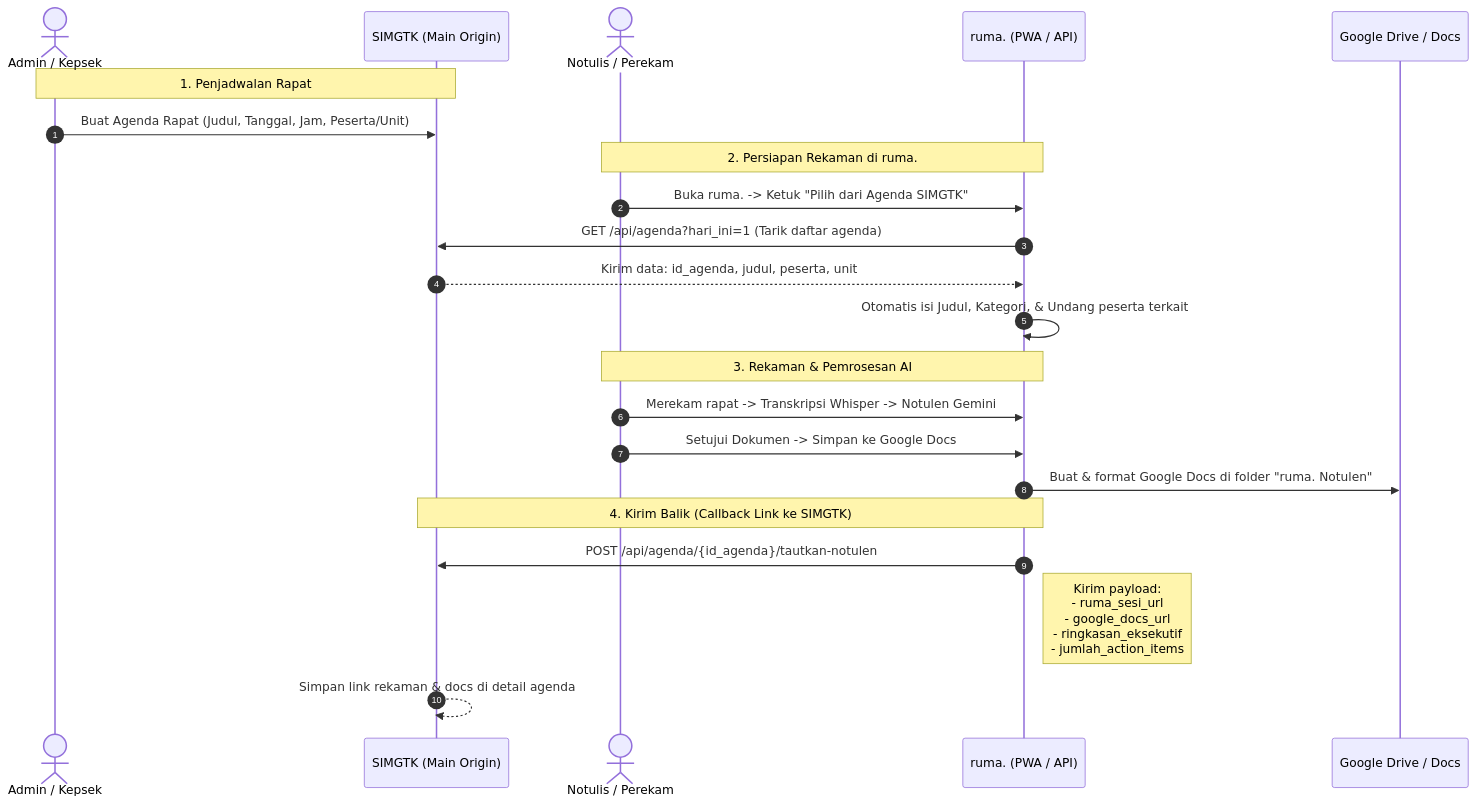
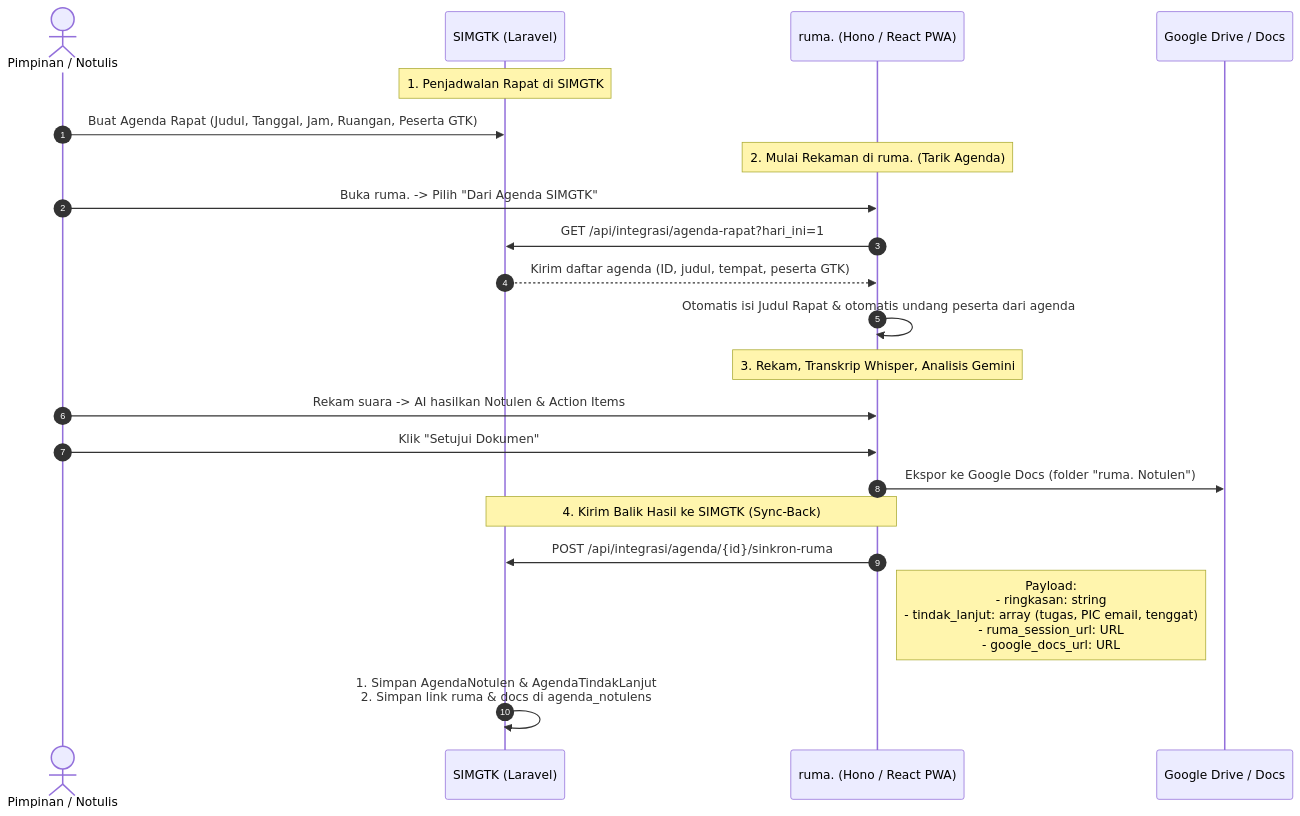
One commit to Al-Akhyar-Islamic-School/ruma changed the diagram in docs/konsep-integrasi-agenda-simgtk.md. Above: the diagram before and after it, drawn with Mermaid. The commit also changed other lines of this file, not shown here.

Commit message:
docs: konsep arsitektur integrasi 2 arah agenda rapat berdasarkan telaah kode asli repositori SIMGTK

````diff
--- a/docs/konsep-integrasi-agenda-simgtk.md
+++ b/docs/konsep-integrasi-agenda-simgtk.md
@@ -24,28 +19,27 @@
 ```mermaid
 sequenceDiagram
     autonumber
-    actor Admin as Admin / Kepsek
-    participant SIMGTK as SIMGTK (Main Origin)
-    actor Notulis as Notulis / Perekam
-    participant RUMA as ruma. (PWA / API)
+    actor Pengguna as Pimpinan / Notulis
+    participant SIMGTK as SIMGTK (Laravel)
+    participant RUMA as ruma. (Hono / React PWA)
     participant GD as Google Drive / Docs
 
-    Note over Admin,SIMGTK: 1. Penjadwalan Rapat
-    Admin->>SIMGTK: Buat Agenda Rapat (Judul, Tanggal, Jam, Peserta/Unit)
+    Note over SIMGTK: 1. Penjadwalan Rapat di SIMGTK
+    Pengguna->>SIMGTK: Buat Agenda Rapat (Judul, Tanggal, Jam, Ruangan, Peserta GTK)
     
-    Note over Notulis,RUMA: 2. Persiapan Rekaman di ruma.
-    Notulis->>RUMA: Buka ruma. -> Ketuk "Pilih dari Agenda SIMGTK"
-    RUMA->>SIMGTK: GET /api/agenda?hari_ini=1 (Tarik daftar agenda)
-    SIMGTK-->>RUMA: Kirim data: id_agenda, judul, peserta, unit
-    RUMA->>RUMA: Otomatis isi Judul, Kategori, & Undang peserta terkait
+    Note over RUMA: 2. Mulai Rekaman di ruma. (Tarik Agenda)
+    Pengguna->>RUMA: Buka ruma. -> Pilih "Dari Agenda SIMGTK"
+    RUMA->>SIMGTK: GET /api/integrasi/agenda-rapat?hari_ini=1
+    SIMGTK-->>RUMA: Kirim daftar agenda (ID, judul, tempat, peserta GTK)
+    RUMA->>RUMA: Otomatis isi Judul Rapat & otomatis undang peserta dari agenda
     
-    Note over Notulis,RUMA: 3. Rekaman & Pemrosesan AI
-    Notulis->>RUMA: Merekam rapat -> Transkripsi Whisper -> Notulen Gemini
-    Notulis->>RUMA: Setujui Dokumen -> Simpan ke Google Docs
-    RUMA->>GD: Buat & format Google Docs di folder "ruma. Notulen"
+    Note over RUMA: 3. Rekam, Transkrip Whisper, Analisis Gemini
+    Pengguna->>RUMA: Rekam suara -> AI hasilkan Notulen & Action Items
+    Pengguna->>RUMA: Klik "Setujui Dokumen"
+    RUMA->>GD: Ekspor ke Google Docs (folder "ruma. Notulen")
     
-    Note over RUMA,SIMGTK: 4. Kirim Balik (Callback Link ke SIMGTK)
-    RUMA->>SIMGTK: POST /api/agenda/{id_agenda}/tautkan-notulen
-    Note right of RUMA: Kirim payload:<br>- ruma_sesi_url<br>- google_docs_url<br>- ringkasan_eksekutif<br>- jumlah_action_items
-    SIMGTK-->>SIMGTK: Simpan link rekaman & docs di detail agenda
+    Note over RUMA,SIMGTK: 4. Kirim Balik Hasil ke SIMGTK (Sync-Back)
+    RUMA->>SIMGTK: POST /api/integrasi/agenda/{id}/sinkron-ruma
+    Note right of RUMA: Payload:<br>- ringkasan: string<br>- tindak_lanjut: array (tugas, PIC email, tenggat)<br>- ruma_session_url: URL<br>- google_docs_url: URL
+    SIMGTK->>SIMGTK: 1. Simpan AgendaNotulen & AgendaTindakLanjut<br>2. Simpan link ruma & docs di agenda_notulens
 ```
````
